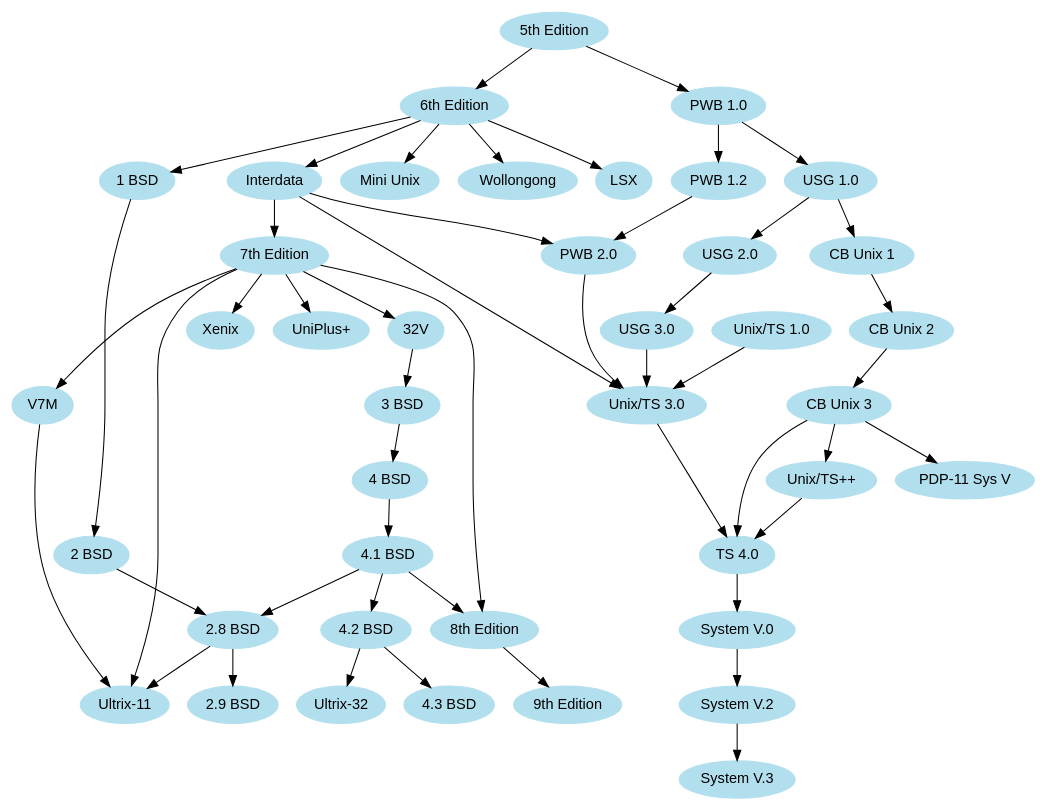
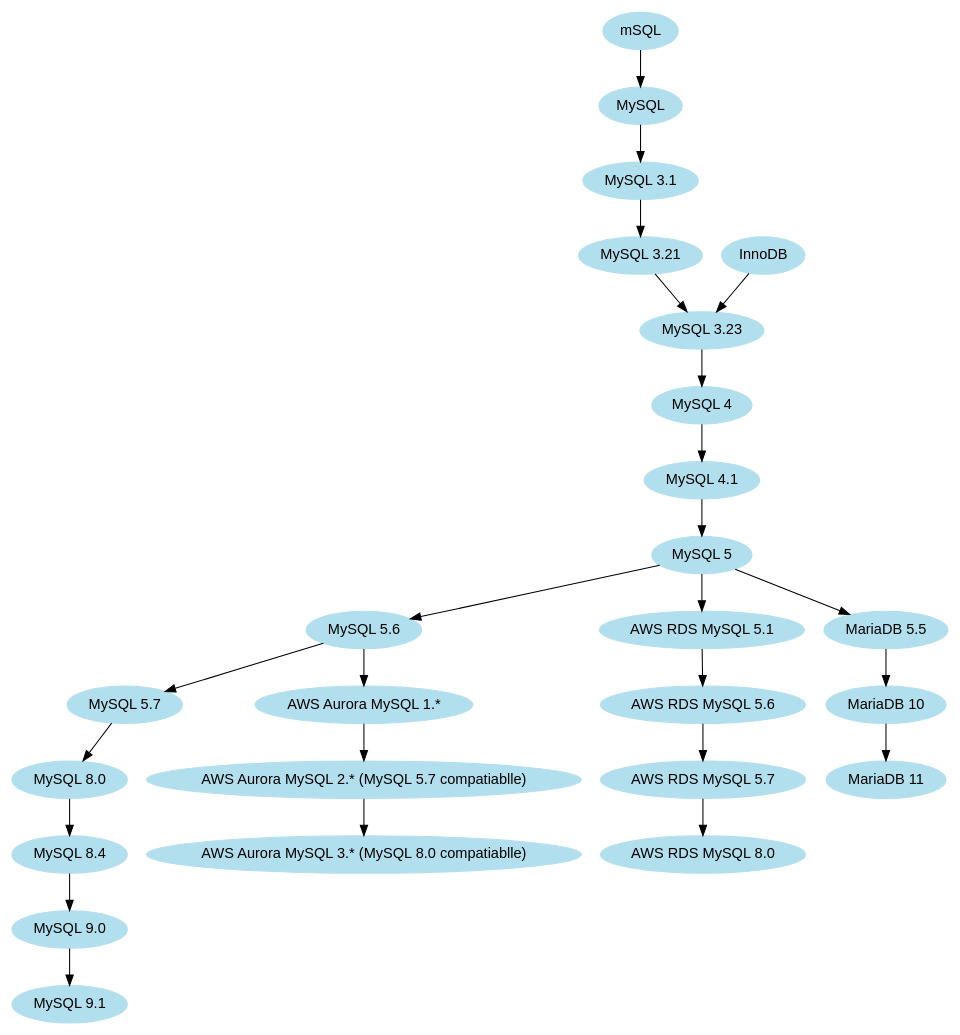
Before and after one commit to bopjiang/drawing: the diagram in database/mysql.dot, drawn with Graphviz. The commit also changed other lines of this file, not shown here.

Commit message:
update mysql

```diff
--- a/database/mysql.dot
+++ b/database/mysql.dot
@@ -1,58 +1,36 @@
 /* ref: https://graphviz.org/Gallery/directed/unix.html */
 
 /* courtesy Ian Darwin and Geoff Collyer, Softquad Inc. */
-digraph unix {
+digraph MySQL {
 	fontname="Helvetica,Arial,sans-serif"
 	node [fontname="Helvetica,Arial,sans-serif"]
 	edge [fontname="Helvetica,Arial,sans-serif"]
 	node [color=lightblue2, style=filled];
-	"5th Edition" -> "6th Edition";
-	"5th Edition" -> "PWB 1.0";
-	"6th Edition" -> "LSX";
-	"6th Edition" -> "1 BSD";
-	"6th Edition" -> "Mini Unix";
-	"6th Edition" -> "Wollongong";
-	"6th Edition" -> "Interdata";
-	"Interdata" -> "Unix/TS 3.0";
-	"Interdata" -> "PWB 2.0";
-	"Interdata" -> "7th Edition";
-	"7th Edition" -> "8th Edition";
-	"7th Edition" -> "32V";
-	"7th Edition" -> "V7M";
-	"7th Edition" -> "Ultrix-11";
-	"7th Edition" -> "Xenix";
-	"7th Edition" -> "UniPlus+";
-	"V7M" -> "Ultrix-11";
-	"8th Edition" -> "9th Edition";
-	"1 BSD" -> "2 BSD";
-	"2 BSD" -> "2.8 BSD";
-	"2.8 BSD" -> "Ultrix-11";
-	"2.8 BSD" -> "2.9 BSD";
-	"32V" -> "3 BSD";
-	"3 BSD" -> "4 BSD";
-	"4 BSD" -> "4.1 BSD";
-	"4.1 BSD" -> "4.2 BSD";
-	"4.1 BSD" -> "2.8 BSD";
-	"4.1 BSD" -> "8th Edition";
-	"4.2 BSD" -> "4.3 BSD";
-	"4.2 BSD" -> "Ultrix-32";
-	"PWB 1.0" -> "PWB 1.2";
-	"PWB 1.0" -> "USG 1.0";
-	"PWB 1.2" -> "PWB 2.0";
-	"USG 1.0" -> "CB Unix 1";
-	"USG 1.0" -> "USG 2.0";
-	"CB Unix 1" -> "CB Unix 2";
-	"CB Unix 2" -> "CB Unix 3";
-	"CB Unix 3" -> "Unix/TS++";
-	"CB Unix 3" -> "PDP-11 Sys V";
-	"USG 2.0" -> "USG 3.0";
-	"USG 3.0" -> "Unix/TS 3.0";
-	"PWB 2.0" -> "Unix/TS 3.0";
-	"Unix/TS 1.0" -> "Unix/TS 3.0";
-	"Unix/TS 3.0" -> "TS 4.0";
-	"Unix/TS++" -> "TS 4.0";
-	"CB Unix 3" -> "TS 4.0";
-	"TS 4.0" -> "System V.0";
-	"System V.0" -> "System V.2";
-	"System V.2" -> "System V.3";
+	"mSQL" -> "MySQL";
+	"MySQL" -> "MySQL 3.1";
+	"MySQL 3.1" -> "MySQL 3.21";
+	"InnoDB" -> "MySQL 3.23";
+	"MySQL 3.21" -> "MySQL 3.23";
+	"MySQL 3.23" -> "MySQL 4";
+	"MySQL 4" -> "MySQL 4.1";
+	"MySQL 4.1" -> "MySQL 5";
+	"MySQL 5" -> "MySQL 5.6";
+	"MySQL 5.6" -> "MySQL 5.7";
+	"MySQL 5.7" -> "MySQL 8.0";
+	"MySQL 8.0" -> "MySQL 8.4";
+	"MySQL 8.4" -> "MySQL 9.0";
+	"MySQL 9.0" -> "MySQL 9.1";
+
+	"MySQL 5" -> "AWS RDS MySQL 5.1";
+	"AWS RDS MySQL 5.1" -> "AWS RDS MySQL 5.6";
+	"AWS RDS MySQL 5.6" -> "AWS RDS MySQL 5.7";
+	"AWS RDS MySQL 5.7" -> "AWS RDS MySQL 8.0";
+
+	"MySQL 5.6"  -> "AWS Aurora MySQL 1.*";
+	"AWS Aurora MySQL 1.*"-> "AWS Aurora MySQL 2.* (MySQL 5.7 compatiablle)";
+	"AWS Aurora MySQL 2.* (MySQL 5.7 compatiablle)" -> "AWS Aurora MySQL 3.* (MySQL 8.0 compatiablle)";
+
+	"MySQL 5" -> "MariaDB 5.5";
+	"MariaDB 5.5" -> "MariaDB 10";
+	"MariaDB 10" -> "MariaDB 11";
 }
```
